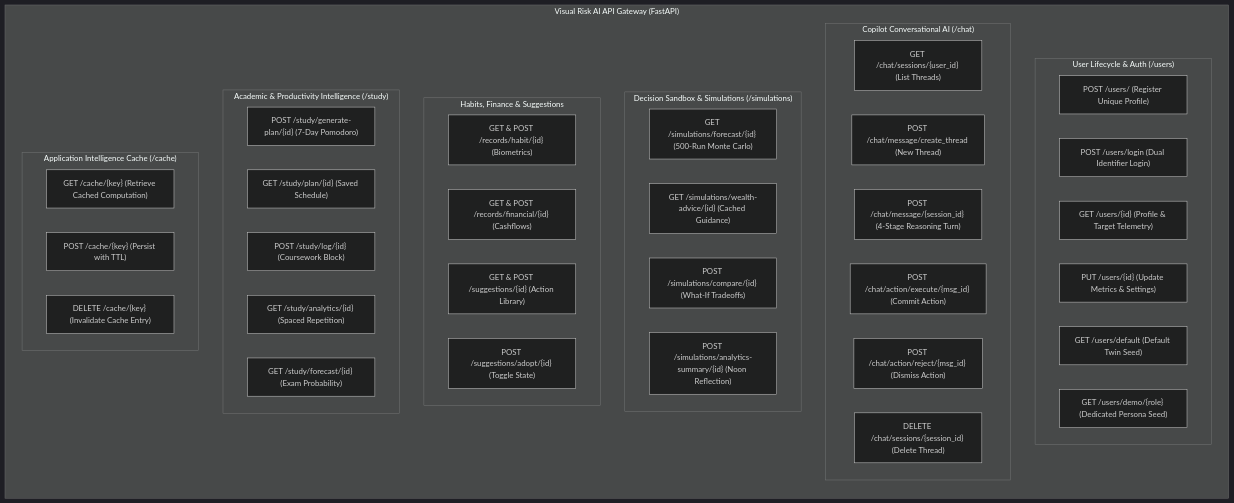
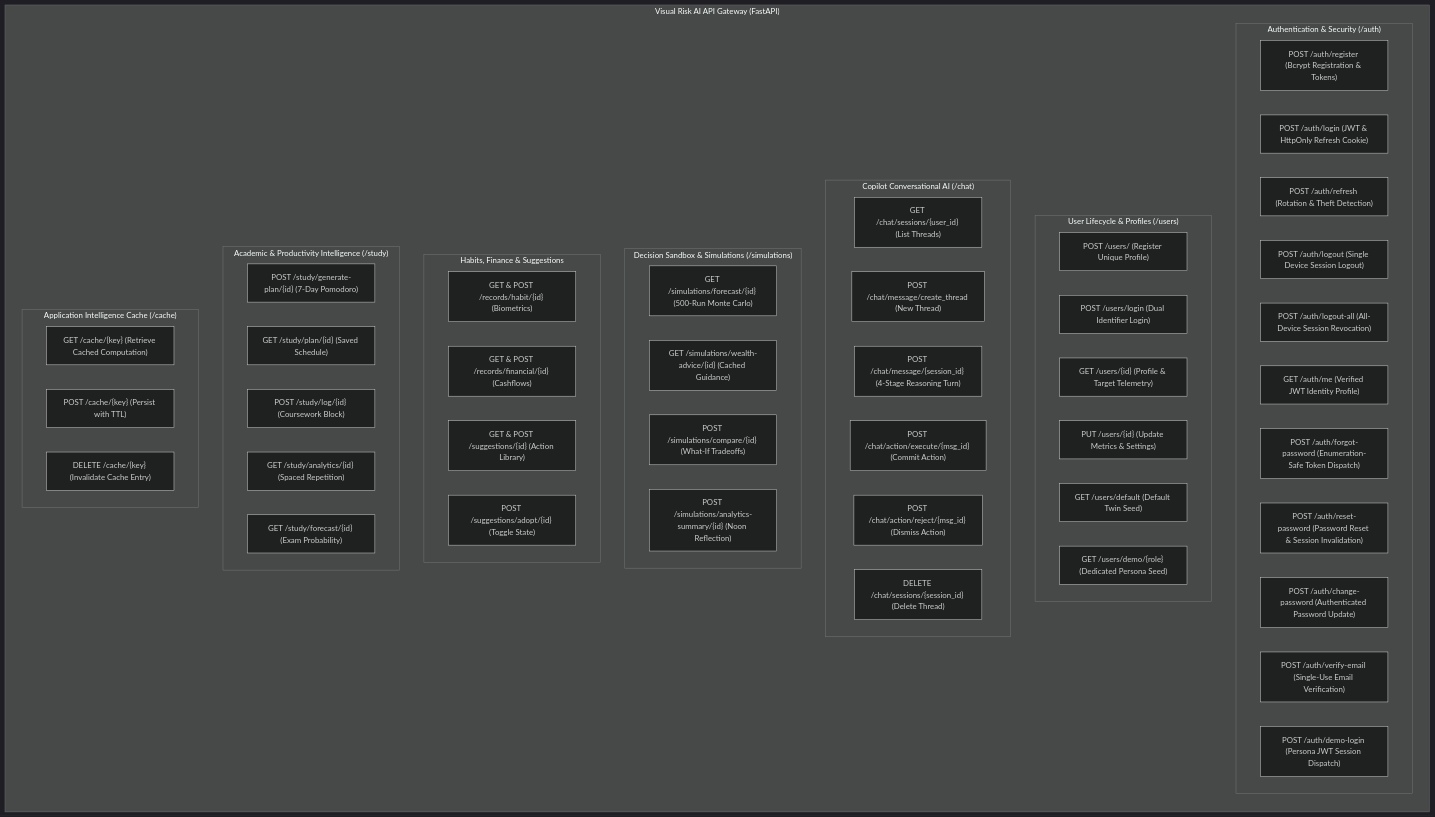
Before and after one commit to notysozu/AI-Based-Visual-Risk-and-Compliance-Intelligence-System: the diagram in docs/api_reference.md, drawn with Mermaid (dark theme). The commit also changed other lines of this file and 12 other files, not shown here.

Commit message:
feat(security): implement 15-principle modern authentication architecture with jwt, bcrypt, token rotation, and theft detection

````diff
--- a/docs/api_reference.md
+++ b/docs/api_reference.md
@@ -9,52 +9,66 @@
 ```mermaid
 flowchart TB
   subgraph Gateway["Visual Risk AI API Gateway (FastAPI)"]
     direction TB
     
-    subgraph UserSvc["User Lifecycle & Auth (/users)"]
+    subgraph AuthSecSvc["Authentication & Security (/auth)"]
+      A1["POST /auth/register (Bcrypt Registration & Tokens)"]
+      A2["POST /auth/login (JWT & HttpOnly Refresh Cookie)"]
+      A3["POST /auth/refresh (Rotation & Theft Detection)"]
+      A4["POST /auth/logout (Single Device Session Logout)"]
+      A5["POST /auth/logout-all (All-Device Session Revocation)"]
+      A6["GET /auth/me (Verified JWT Identity Profile)"]
+      A7["POST /auth/forgot-password (Enumeration-Safe Token Dispatch)"]
+      A8["POST /auth/reset-password (Password Reset & Session Invalidation)"]
+      A9["POST /auth/change-password (Authenticated Password Update)"]
+      A10["POST /auth/verify-email (Single-Use Email Verification)"]
+      A11["POST /auth/demo-login (Persona JWT Session Dispatch)"]
+    end
+
+    subgraph UserSvc["User Lifecycle & Profiles (/users)"]
       U1["POST /users/ (Register Unique Profile)"]
       U2["POST /users/login (Dual Identifier Login)"]
       U3["GET /users/{id} (Profile & Target Telemetry)"]
       U4["PUT /users/{id} (Update Metrics & Settings)"]
       U5["GET /users/default (Default Twin Seed)"]
       U6["GET /users/demo/{role} (Dedicated Persona Seed)"]
     end
 
     subgraph ChatSvc["Copilot Conversational AI (/chat)"]
       C1["GET /chat/sessions/{user_id} (List Threads)"]
       C2["POST /chat/message/create_thread (New Thread)"]
       C3["POST /chat/message/{session_id} (4-Stage Reasoning Turn)"]
       C4["POST /chat/action/execute/{msg_id} (Commit Action)"]
       C5["POST /chat/action/reject/{msg_id} (Dismiss Action)"]
       C6["DELETE /chat/sessions/{session_id} (Delete Thread)"]
     end
 
     subgraph SimSvc["Decision Sandbox & Simulations (/simulations)"]
       M1["GET /simulations/forecast/{id} (500-Run Monte Carlo)"]
       M2["GET /simulations/wealth-advice/{id} (Cached Guidance)"]
       M3["POST /simulations/compare/{id} (What-If Tradeoffs)"]
       M4["POST /simulations/analytics-summary/{id} (Noon Reflection)"]
     end
 
     subgraph HabitSvc["Habits, Finance & Suggestions"]
       H1["GET & POST /records/habit/{id} (Biometrics)"]
       H2["GET & POST /records/financial/{id} (Cashflows)"]
       H3["GET & POST /suggestions/{id} (Action Library)"]
       H4["POST /suggestions/adopt/{id} (Toggle State)"]
     end
 
     subgraph StudySvc["Academic & Productivity Intelligence (/study)"]
       S1["POST /study/generate-plan/{id} (7-Day Pomodoro)"]
       S2["GET /study/plan/{id} (Saved Schedule)"]
       S3["POST /study/log/{id} (Coursework Block)"]
       S4["GET /study/analytics/{id} (Spaced Repetition)"]
       S5["GET /study/forecast/{id} (Exam Probability)"]
     end
 
     subgraph CacheSvc["Application Intelligence Cache (/cache)"]
       K1["GET /cache/{key} (Retrieve Cached Computation)"]
       K2["POST /cache/{key} (Persist with TTL)"]
       K3["DELETE /cache/{key} (Invalidate Cache Entry)"]
     end
   end
 ```
````
